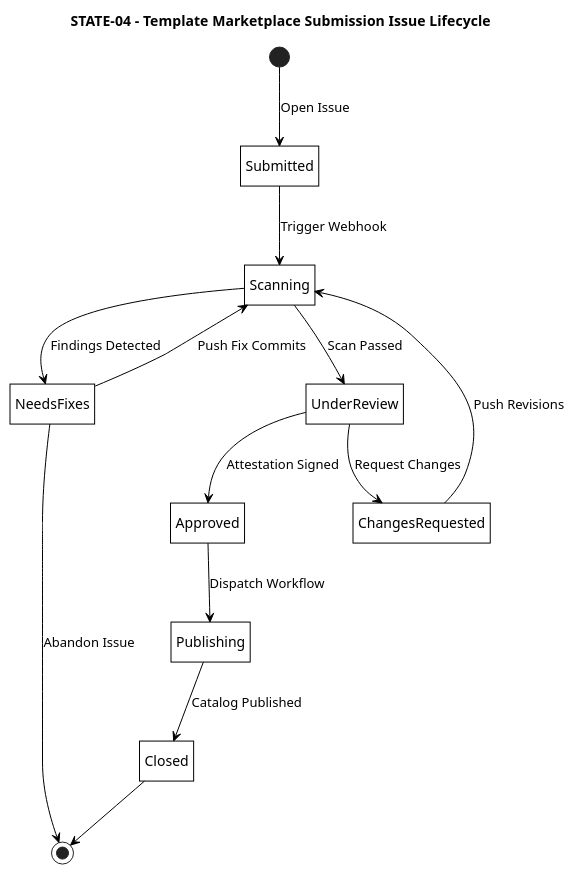
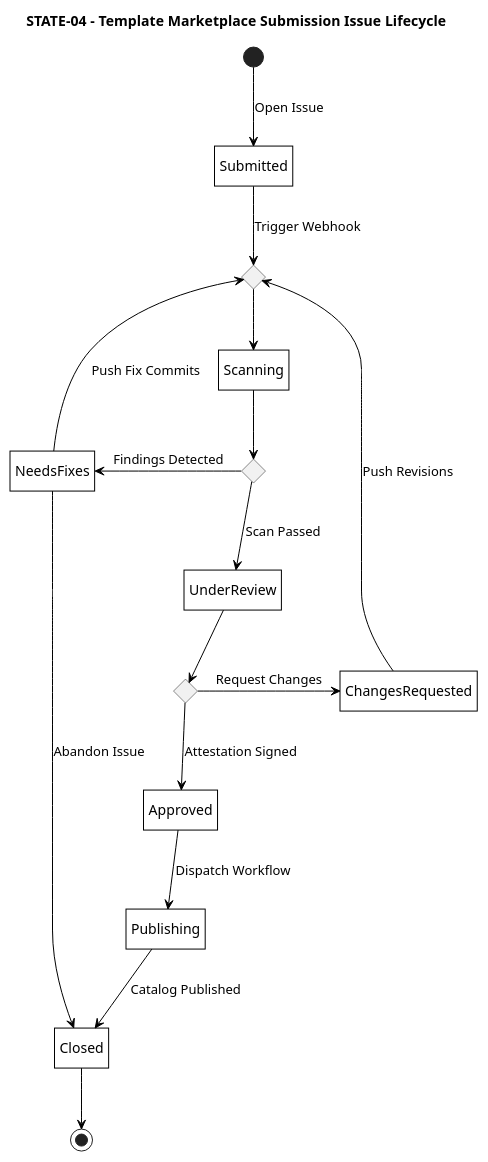
Before and after one commit to Litho-MD/uet-fyp-docs: the diagram in diagrams/puml/state-machine/04-submission-issue.puml, drawn with PlantUML. The commit also changed 17 other files, not shown here.

Commit message:
feat(diagrams): update state machine diagrams with diamond loops, clean exits, and monochrome styling

```diff
--- a/diagrams/puml/state-machine/04-submission-issue.puml
+++ b/diagrams/puml/state-machine/04-submission-issue.puml
@@ -1,39 +1,48 @@
 @startuml STATE-04-submission-issue
 title STATE-04 - Template Marketplace Submission Issue Lifecycle
 
 hide empty description
 
 skinparam monochrome true
 skinparam backgroundColor white
 skinparam shadowing false
 skinparam defaultTextAlignment center
 skinparam roundCorner 0
 skinparam ArrowColor black
 skinparam defaultFontColor black
 skinparam stateBorderThickness 1
 skinparam state {
     BackgroundColor white
     BorderColor black
     FontColor black
 }
 
-[*] --> Submitted : Open Issue
+state c_scan_in <<choice>>
 
-Submitted --> Scanning : Trigger Webhook
+[*] -down-> Submitted : Open Issue
 
-Scanning --> NeedsFixes : Findings Detected
-NeedsFixes --> Scanning : Push Fix Commits
-NeedsFixes --> [*] : Abandon Issue
+Submitted -down-> c_scan_in : Trigger Webhook
+c_scan_in -down-> Scanning
 
-Scanning --> UnderReview : Scan Passed
+state c_scan <<choice>>
+Scanning -down-> c_scan
 
-UnderReview --> ChangesRequested : Request Changes
-ChangesRequested --> Scanning : Push Revisions
+c_scan -left-> NeedsFixes : Findings Detected
+c_scan -down-> UnderReview : Scan Passed
 
-UnderReview --> Approved : Attestation Signed
-Approved --> Publishing : Dispatch Workflow
-Publishing --> Closed : Catalog Published
+NeedsFixes -up-> c_scan_in : Push Fix Commits
+NeedsFixes -down-> Closed : Abandon Issue
 
-Closed --> [*]
+state c_rev <<choice>>
+UnderReview -down-> c_rev
+
+c_rev -right-> ChangesRequested : Request Changes
+ChangesRequested -up-> c_scan_in : Push Revisions
+
+c_rev -down-> Approved : Attestation Signed
+Approved -down-> Publishing : Dispatch Workflow
+Publishing -down-> Closed : Catalog Published
+
+Closed -down-> [*]
 
 @enduml
```
